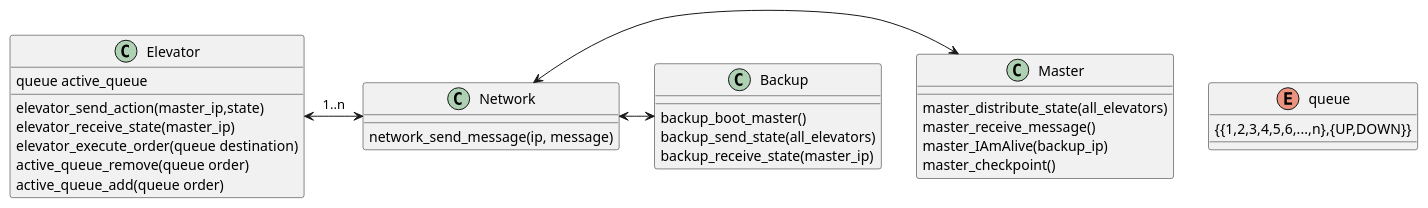
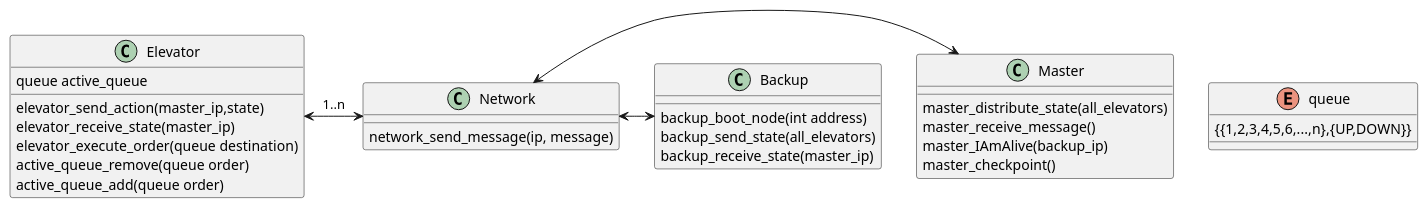
Before and after one commit to eivindhstray/Sanntid: the diagram in Design/interaksjon.plantuml, drawn with PlantUML. The commit also changed 2 other files, not shown here.

```diff
--- a/Design/interaksjon.plantuml
+++ b/Design/interaksjon.plantuml
@@ -1,41 +1,41 @@
 @startuml
 
 class Elevator  {
     queue active_queue
     elevator_send_action(master_ip,state)
     elevator_receive_state(master_ip)
     elevator_execute_order(queue destination)
     active_queue_remove(queue order)
     active_queue_add(queue order)
 }
 class Master{
     master_distribute_state(all_elevators)
     master_receive_message()
     master_IAmAlive(backup_ip)
     master_checkpoint()
 }
 class Network{
     network_send_message(ip, message)
 }
 
 class Backup{
-    backup_boot_master()
+    backup_boot_node(int address)
     backup_send_state(all_elevators)
     backup_receive_state(master_ip)
 }
 
 
 
 enum queue {
     {{1,2,3,4,5,6,...,n},{UP,DOWN}}
 }
 
 Elevator  <-> Network: 1..n
 Network <-> Master
 Network <-> Backup
 
 
 
 
 
 @enduml
```
